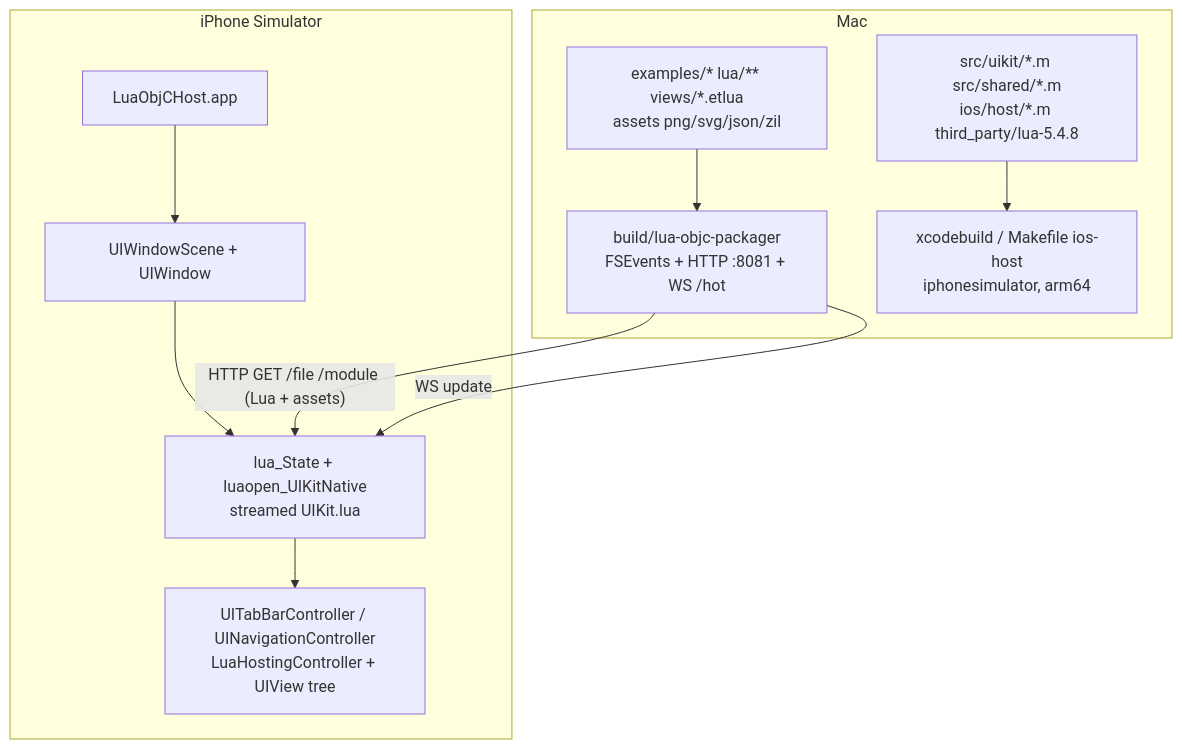
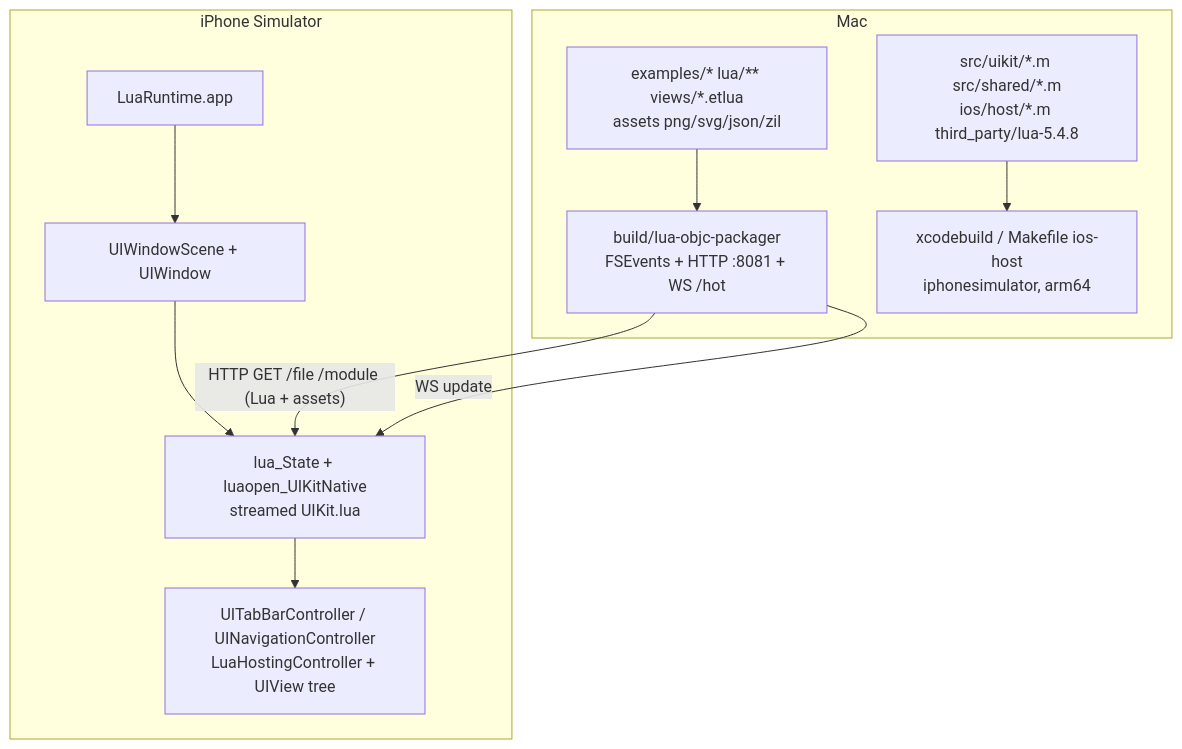
One commit to corepunch/lua-objc changed the first of 3 diagrams in docs/ios.md. Above: the diagram before and after it, drawn with Mermaid. The commit also changed other lines of this file and 23 other files, not shown here.

Commit message:
Rename iOS host to LuaRuntime with LRT class names

````diff
--- a/docs/ios.md
+++ b/docs/ios.md
@@ -134,20 +134,20 @@
 ```mermaid
 flowchart TB
   subgraph mac [Mac]
     srcLua["examples/* lua/** views/*.etlua\nassets png/svg/json/zil"]
     packager["build/lua-objc-packager\nFSEvents + HTTP :8081 + WS /hot"]
     xcode["xcodebuild / Makefile ios-host\niphonesimulator, arm64"]
     srcLua --> packager
     srcNative["src/uikit/*.m src/shared/*.m\nios/host/*.m third_party/lua-5.4.8"] --> xcode
   end
 
   subgraph sim [iPhone Simulator]
-    app["LuaObjCHost.app"]
+    app["LuaRuntime.app"]
     scene["UIWindowScene + UIWindow"]
     lua["lua_State + luaopen_UIKitNative\nstreamed UIKit.lua"]
     tree["UITabBarController / UINavigationController\nLuaHostingController + UIView tree"]
     app --> scene --> lua --> tree
     packager -->|"HTTP GET /file /module (Lua + assets)"| lua
     packager -->|"WS update"| lua
   end
 ```
````
